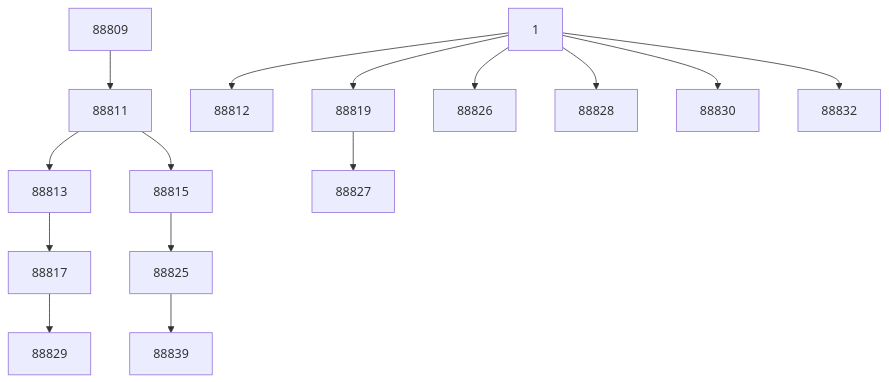
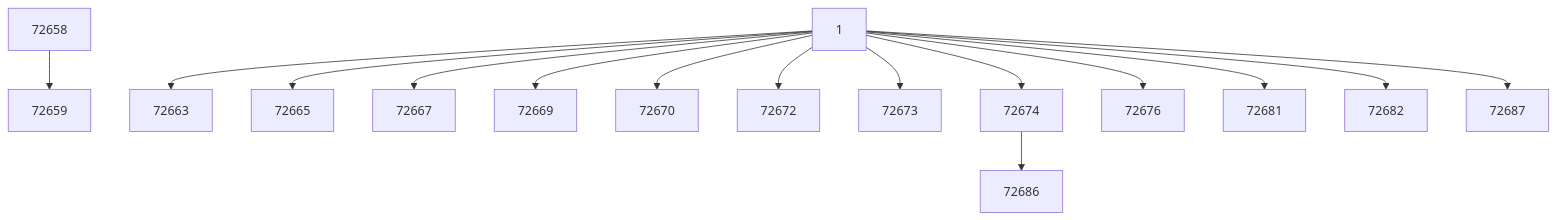
One commit to Souvenal/Operation-System-2025 changed the second of 2 diagrams in lect5/pstree/view.md. Above: the diagram before and after it, drawn with Mermaid. The commit also changed other lines of this file and 68 other files, not shown here.

````diff
--- a/lect5/pstree/view.md
+++ b/lect5/pstree/view.md
@@ -34,17 +34,17 @@
 ```mermaid
 graph TD
-88809 --> 88811
-88811 --> 88813
-1 --> 88832
-88813 --> 88817
-88825 --> 88839
-1 --> 88830
-88817 --> 88829
-88819 --> 88827
-1 --> 88819
-1 --> 88826
-1 --> 88812
-88811 --> 88815
-88815 --> 88825
-1 --> 88828
+72658 --> 72659
+1 --> 72667
+1 --> 72670
+1 --> 72672
+1 --> 72669
+1 --> 72663
+1 --> 72665
+1 --> 72676
+1 --> 72673
+72674 --> 72686
+1 --> 72674
+1 --> 72681
+1 --> 72682
+1 --> 72687
 ```
````
